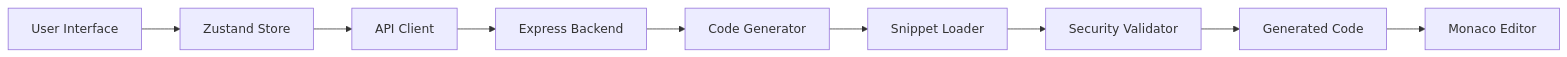
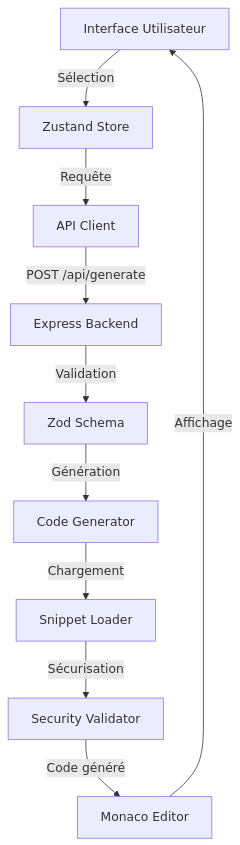
The diagram in README.md (hrmonic/code-snippet-generator), drawn with Mermaid before and after one commit. The commit also changed other lines of this file, not shown here.

````diff
--- a/README.md
+++ b/README.md
@@ -229,11 +248,12 @@
 ```mermaid
-graph LR
-    A[User Interface] --> B[Zustand Store]
-    B --> C[API Client]
-    C --> D[Express Backend]
-    D --> E[Code Generator]
-    E --> F[Snippet Loader]
-    F --> G[Security Validator]
-    G --> H[Generated Code]
-    H --> I[Monaco Editor]
+graph TD
+    A[Interface Utilisateur] -->|Sélection| B[Zustand Store]
+    B -->|Requête| C[API Client]
+    C -->|POST /api/generate| D[Express Backend]
+    D -->|Validation| E[Zod Schema]
+    E -->|Génération| F[Code Generator]
+    F -->|Chargement| G[Snippet Loader]
+    G -->|Sécurisation| H[Security Validator]
+    H -->|Code généré| I[Monaco Editor]
+    I -->|Affichage| A
 ```
````
